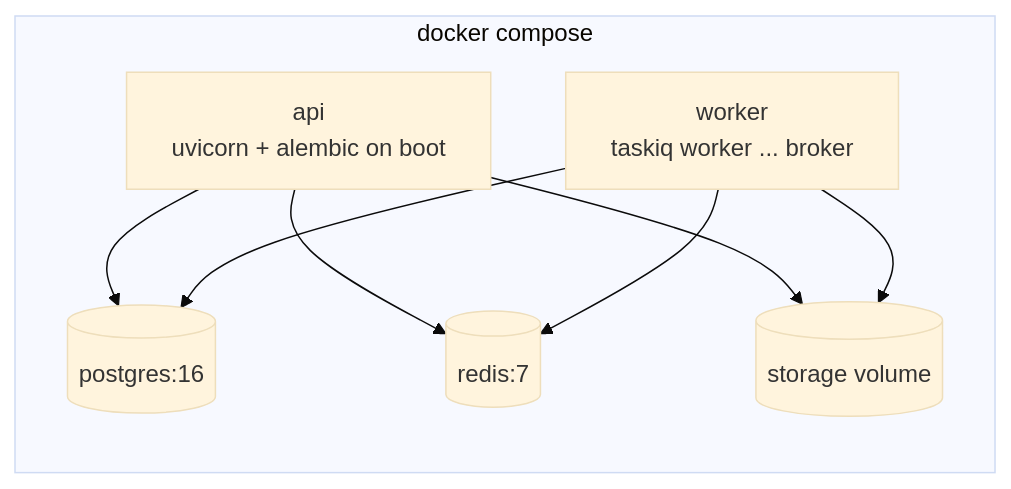
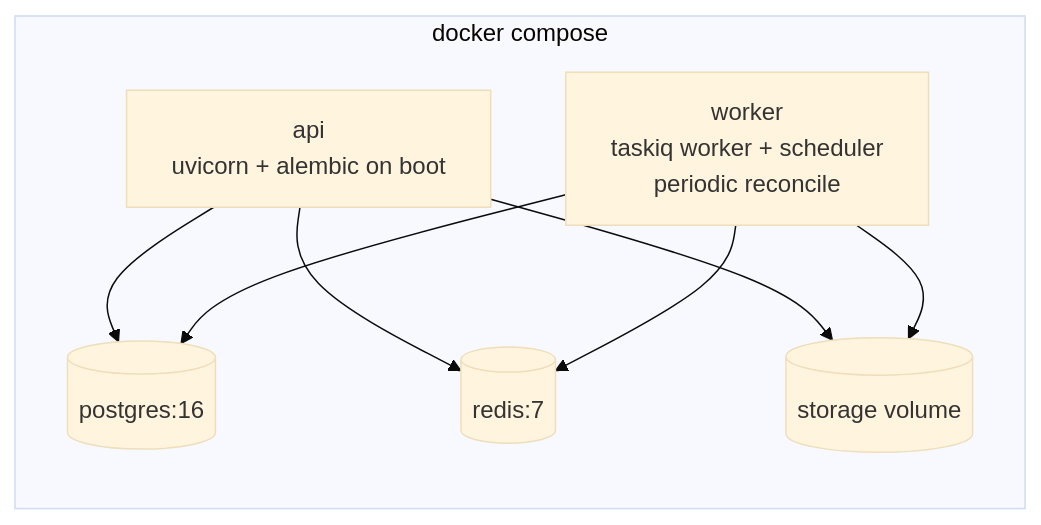
Before and after one commit to shah-dhwanil/aereo-assignment: diagram 13 of 13 in docs/superpowers/specs/2026-10-11-bulk-certificate-generator-design.md, drawn with Mermaid (base theme). The commit also changed other lines of this file, not shown here.

````diff
--- a/docs/superpowers/specs/2026-10-11-bulk-certificate-generator-design.md
+++ b/docs/superpowers/specs/2026-10-11-bulk-certificate-generator-design.md
@@ -655,17 +756,17 @@
 ```mermaid
 flowchart LR
     subgraph Compose["docker compose"]
         PG[("postgres:16")]
         RD[("redis:7")]
         API["api<br/>uvicorn + alembic on boot"]
-        WK["worker<br/>taskiq worker ... broker"]
+        WK["worker<br/>taskiq worker + scheduler<br/>periodic reconcile"]
         VOL[("storage volume")]
     end
 
     API --> PG
     API --> RD
     WK --> PG
     WK --> RD
     API --> VOL
     WK --> VOL
 ```
````
